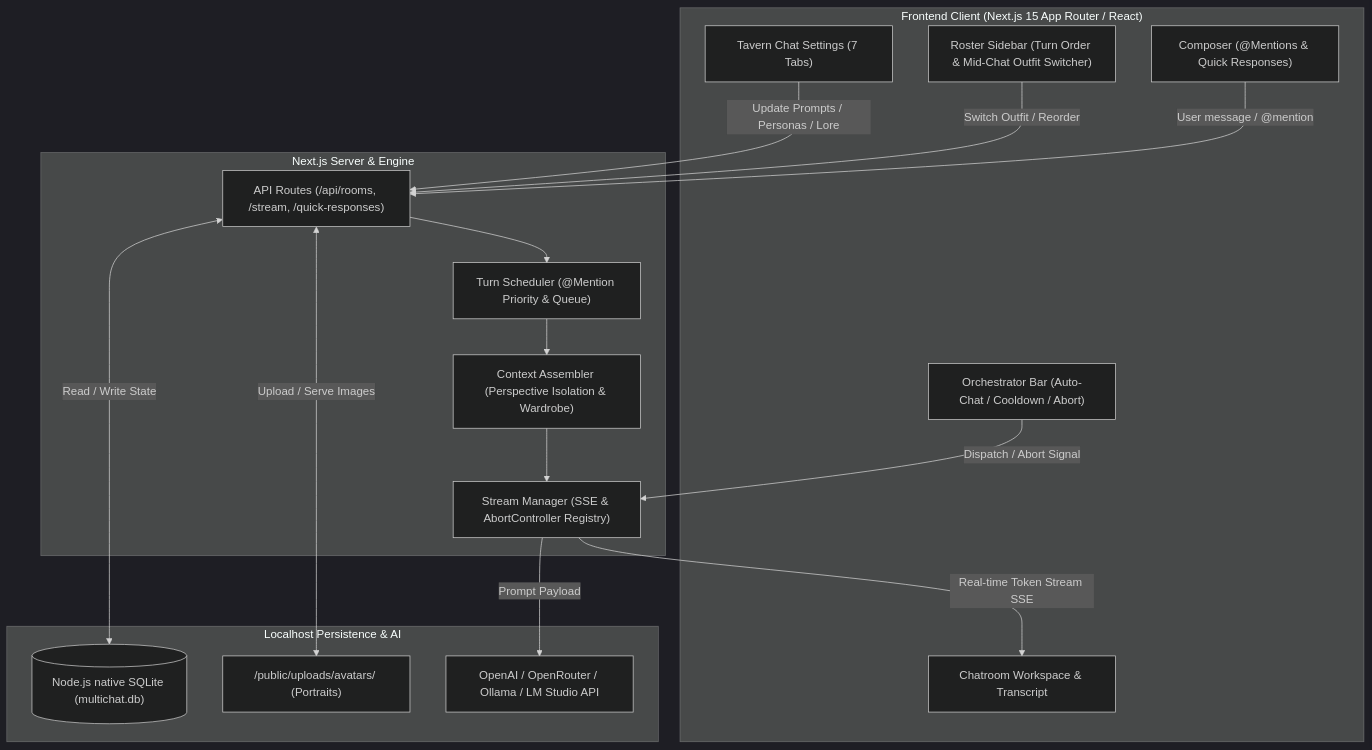
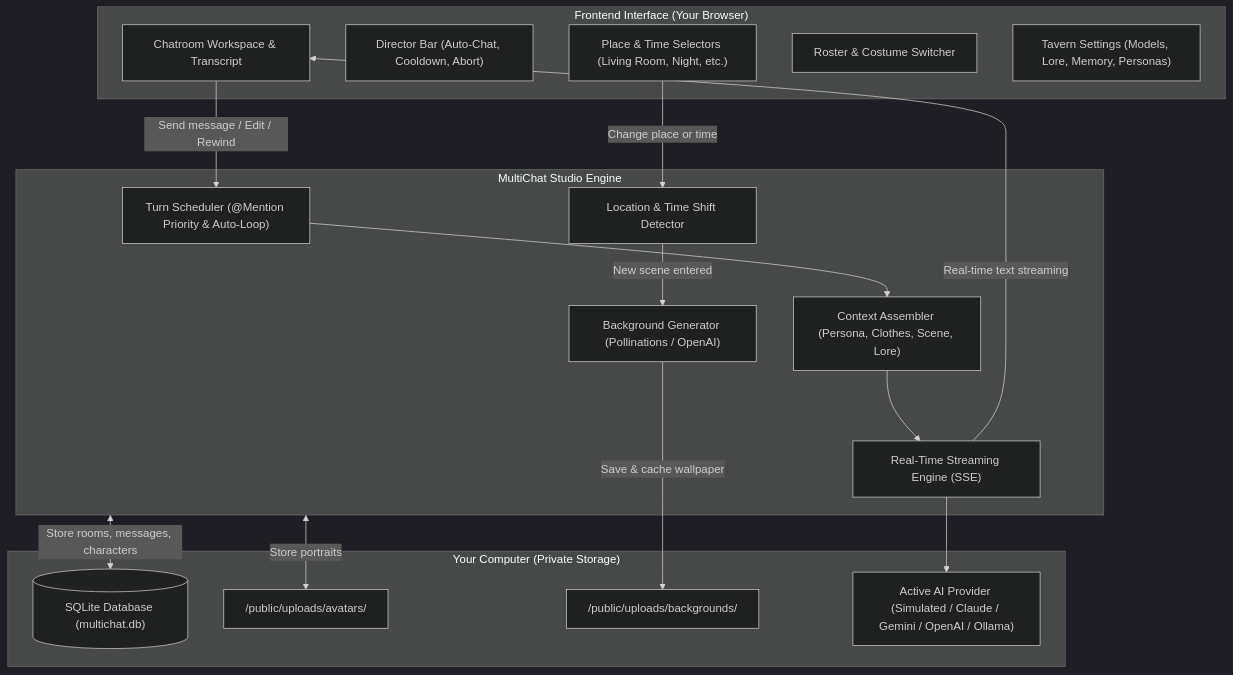
Before and after one commit to kirakiraAZK/MultiChatStory: the diagram in README.md, drawn with Mermaid (dark theme). The commit also changed other lines of this file, not shown here.

````diff
--- a/README.md
+++ b/README.md
@@ -10,35 +96,36 @@
 ```mermaid
 flowchart TD
-    subgraph Client["Frontend Client (Next.js 15 App Router / React)"]
-        UI["Chatroom Workspace & Transcript"]
-        Bar["Orchestrator Bar (Auto-Chat / Cooldown / Abort)"]
-        Composer["Composer (@Mentions & Quick Responses)"]
-        Roster["Roster Sidebar (Turn Order & Mid-Chat Outfit Switcher)"]
-        Modal["Tavern Chat Settings (7 Tabs)"]
+    subgraph UI["Frontend Interface (Your Browser)"]
+        Chat["Chatroom Workspace & Transcript"]
+        Bar["Director Bar (Auto-Chat, Cooldown, Abort)"]
+        Places["Place & Time Selectors (Living Room, Night, etc.)"]
+        Side["Roster & Costume Switcher"]
+        Settings["Tavern Settings (Models, Lore, Memory, Personas)"]
     end
 
-    subgraph Server["Next.js Server & Engine"]
-        APIRoute["API Routes (/api/rooms, /stream, /quick-responses)"]
-        Scheduler["Turn Scheduler (@Mention Priority & Queue)"]
-        Assembler["Context Assembler (Perspective Isolation & Wardrobe)"]
-        StreamMgr["Stream Manager (SSE & AbortController Registry)"]
+    subgraph Server["MultiChat Studio Engine"]
+        TurnMgr["Turn Scheduler (@Mention Priority & Auto-Loop)"]
+        LocDetector["Location & Time Shift Detector"]
+        Context["Context Assembler (Persona, Clothes, Scene, Lore)"]
+        Streamer["Real-Time Streaming Engine (SSE)"]
+        ImageGen["Background Generator (Pollinations / OpenAI)"]
     end
 
-    subgraph Storage["Localhost Persistence & AI"]
-        SQLite[("Node.js native SQLite (multichat.db)")]
-        Disk["/public/uploads/avatars/ (Portraits)"]
-        LLM["OpenAI / OpenRouter / Ollama / LM Studio API"]
+    subgraph Storage["Your Computer (Private Storage)"]
+        DB[("SQLite Database (multichat.db)")]
+        Avatars["/public/uploads/avatars/"]
+        Backgrounds["/public/uploads/backgrounds/"]
+        AI["Active AI Provider (Simulated / Claude / Gemini / OpenAI / Ollama)"]
     end
 
-    Composer -->|User message / @mention| APIRoute
-    Bar -->|Dispatch / Abort Signal| StreamMgr
-    Roster -->|Switch Outfit / Reorder| APIRoute
-    Modal -->|Update Prompts / Personas / Lore| APIRoute
-    APIRoute --> Scheduler
-    Scheduler --> Assembler
-    Assembler --> StreamMgr
-    StreamMgr -->|Real-time Token Stream SSE| UI
-    StreamMgr -->|Prompt Payload| LLM
-    APIRoute <-->|Read / Write State| SQLite
-    APIRoute <-->|Upload / Serve Images| Disk
+    Chat -->|Send message / Edit / Rewind| TurnMgr
+    Places -->|Change place or time| LocDetector
+    LocDetector -->|New scene entered| ImageGen
+    ImageGen -->|Save & cache wallpaper| Backgrounds
+    TurnMgr --> Context
+    Context --> Streamer
+    Streamer -->|Real-time text streaming| Chat
+    Streamer --> AI
+    Server <-->|Store rooms, messages, characters| DB
+    Server <-->|Store portraits| Avatars
 ```
````
